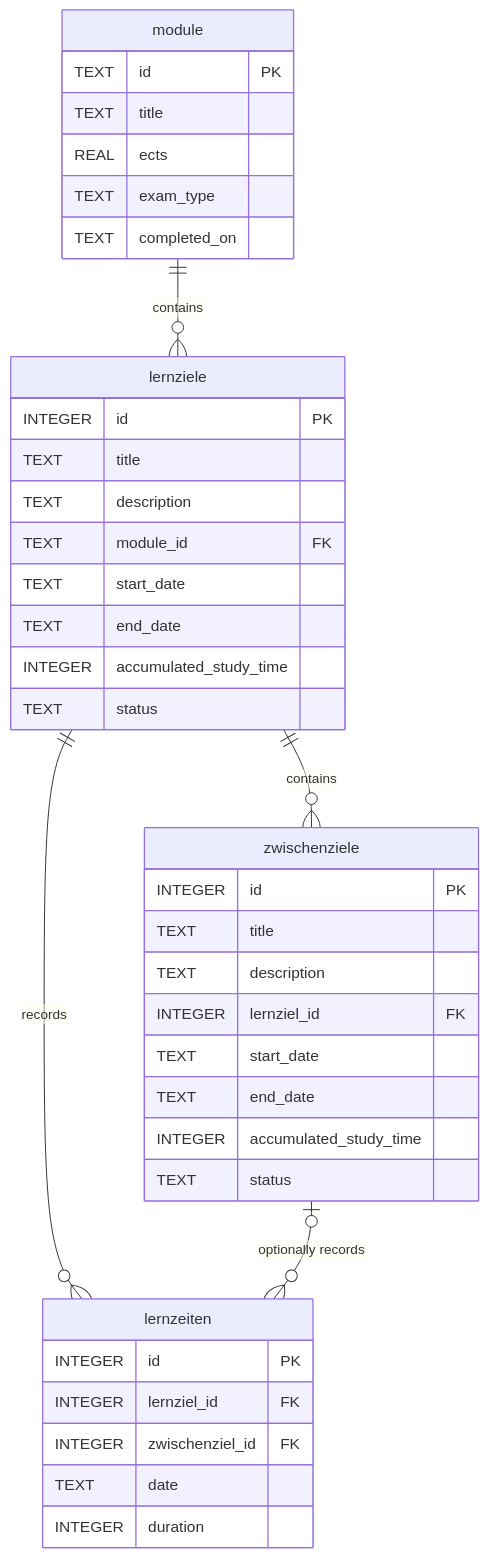
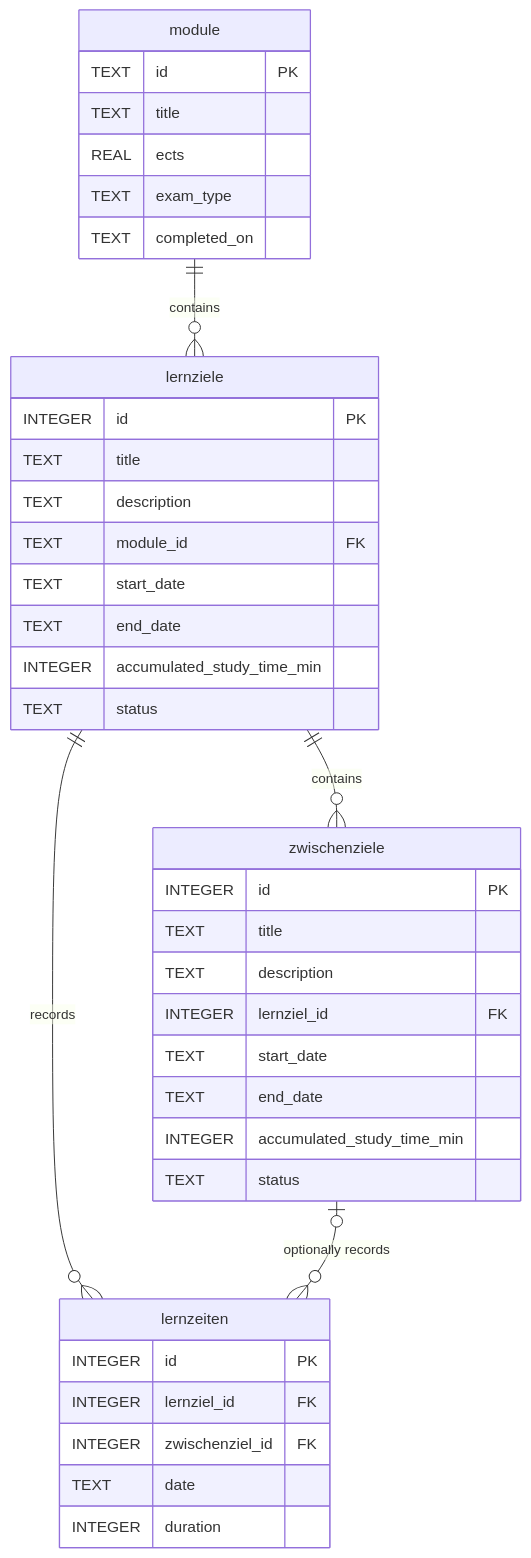
One commit to reginaleis/isef01-lernzeit-manager changed the second of 2 diagrams in README.md. Above: the diagram before and after it, drawn with Mermaid. The commit also changed 4 other files, not shown here.

Commit message:
rename accumulated_study_time_min (in Minutes)

````diff
--- a/README.md
+++ b/README.md
@@ -71,45 +71,45 @@
 ```mermaid
 erDiagram
     module ||--o{ lernziele : "contains"
     lernziele ||--o{ zwischenziele : "contains"
     lernziele ||--o{ lernzeiten : "records"
     zwischenziele o|--o{ lernzeiten : "optionally records"
 
     module {
         TEXT id PK
         TEXT title
         REAL ects
         TEXT exam_type
         TEXT completed_on
     }
 
     lernziele {
         INTEGER id PK
         TEXT title
         TEXT description
         TEXT module_id FK
         TEXT start_date
         TEXT end_date
-        INTEGER accumulated_study_time
+        INTEGER accumulated_study_time_min
         TEXT status
     }
 
     zwischenziele {
         INTEGER id PK
         TEXT title
         TEXT description
         INTEGER lernziel_id FK
         TEXT start_date
         TEXT end_date
-        INTEGER accumulated_study_time
+        INTEGER accumulated_study_time_min
         TEXT status
     }
 
     lernzeiten {
         INTEGER id PK
         INTEGER lernziel_id FK
         INTEGER zwischenziel_id FK
         TEXT date
         INTEGER duration
     }
 ```
````
